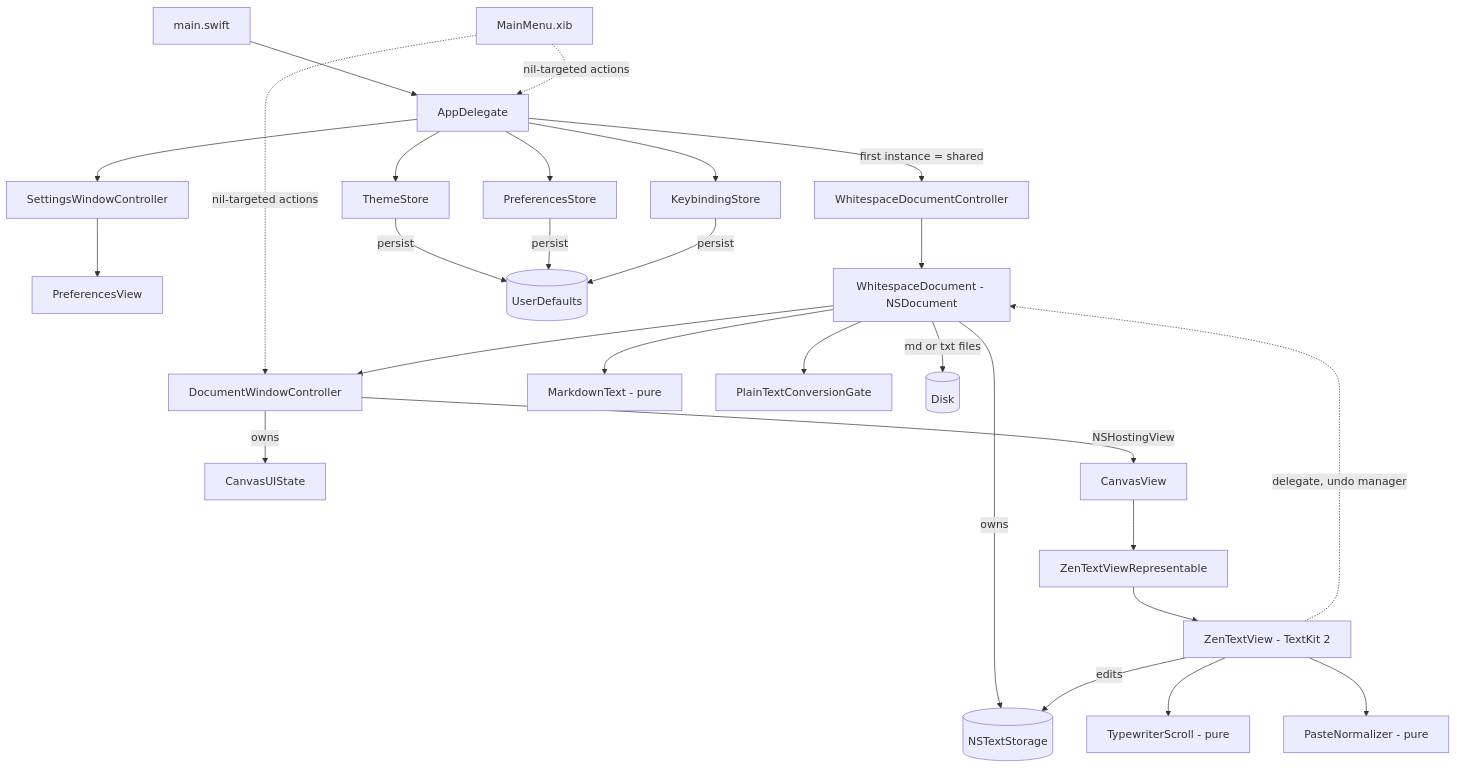
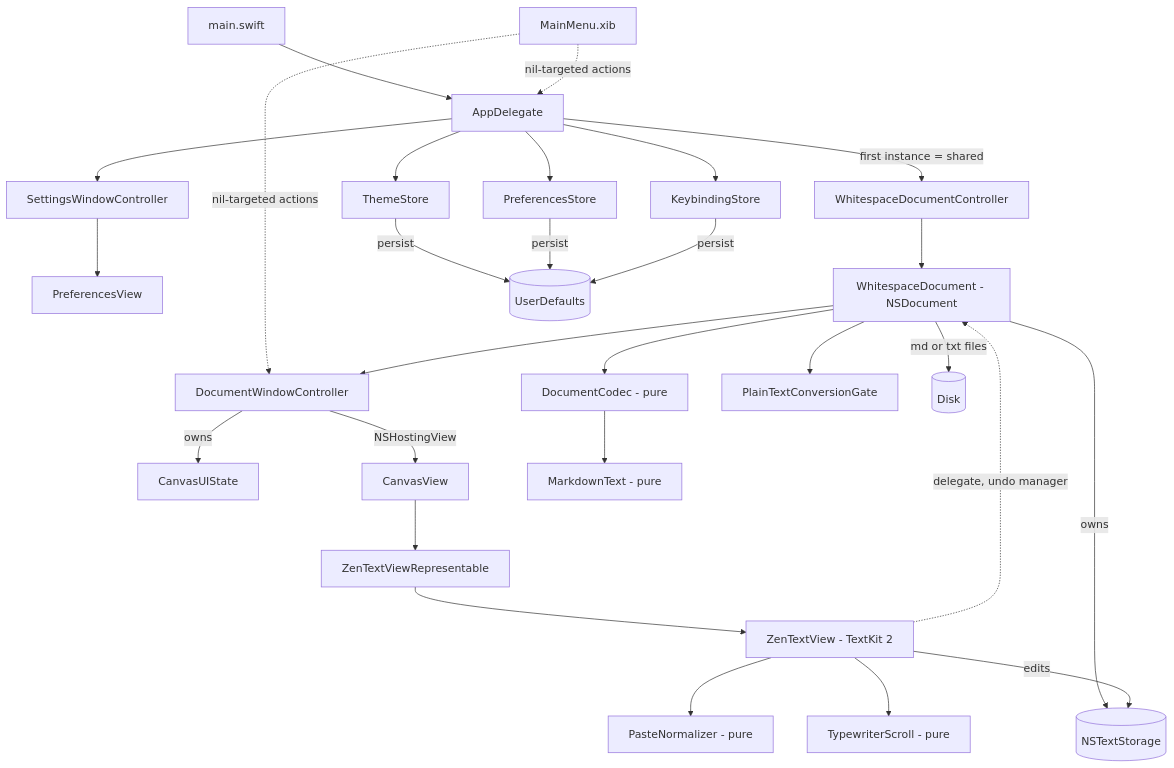
One commit to benji-hix/Whitespace changed the diagram in ARCHITECTURE.md. Above: the diagram before and after it, drawn with Mermaid. The commit also changed other lines of this file and 14 other files, not shown here.

````diff
--- a/ARCHITECTURE.md
+++ b/ARCHITECTURE.md
@@ -57,20 +63,21 @@
 ```mermaid
 graph TD
     Main[main.swift] --> AD[AppDelegate]
     AD -->|first instance = shared| DC[WhitespaceDocumentController]
     AD --> TH[ThemeStore] & PS[PreferencesStore] & KS[KeybindingStore]
     AD --> SWC[SettingsWindowController] --> Prefs[PreferencesView]
     Nib[MainMenu.xib] -.->|nil-targeted actions| AD & DWC
     DC --> Doc[WhitespaceDocument - NSDocument]
     Doc -->|owns| TS[(NSTextStorage)]
     Doc --> DWC[DocumentWindowController]
     DWC -->|owns| UI[CanvasUIState]
     DWC -->|NSHostingView| Canvas[CanvasView]
     Canvas --> Rep[ZenTextViewRepresentable] --> Zen[ZenTextView - TextKit 2]
     Zen -->|edits| TS
     Zen -.->|delegate, undo manager| Doc
     Zen --> TS2[TypewriterScroll - pure] & PN[PasteNormalizer - pure]
-    Doc --> MD[MarkdownText - pure] & Gate[PlainTextConversionGate]
+    Doc --> Codec[DocumentCodec - pure] & Gate[PlainTextConversionGate]
+    Codec --> MD[MarkdownText - pure]
     TH & PS & KS -->|persist| UD[(UserDefaults)]
     Doc -->|md or txt files| Disk[(Disk)]
 ```
````
